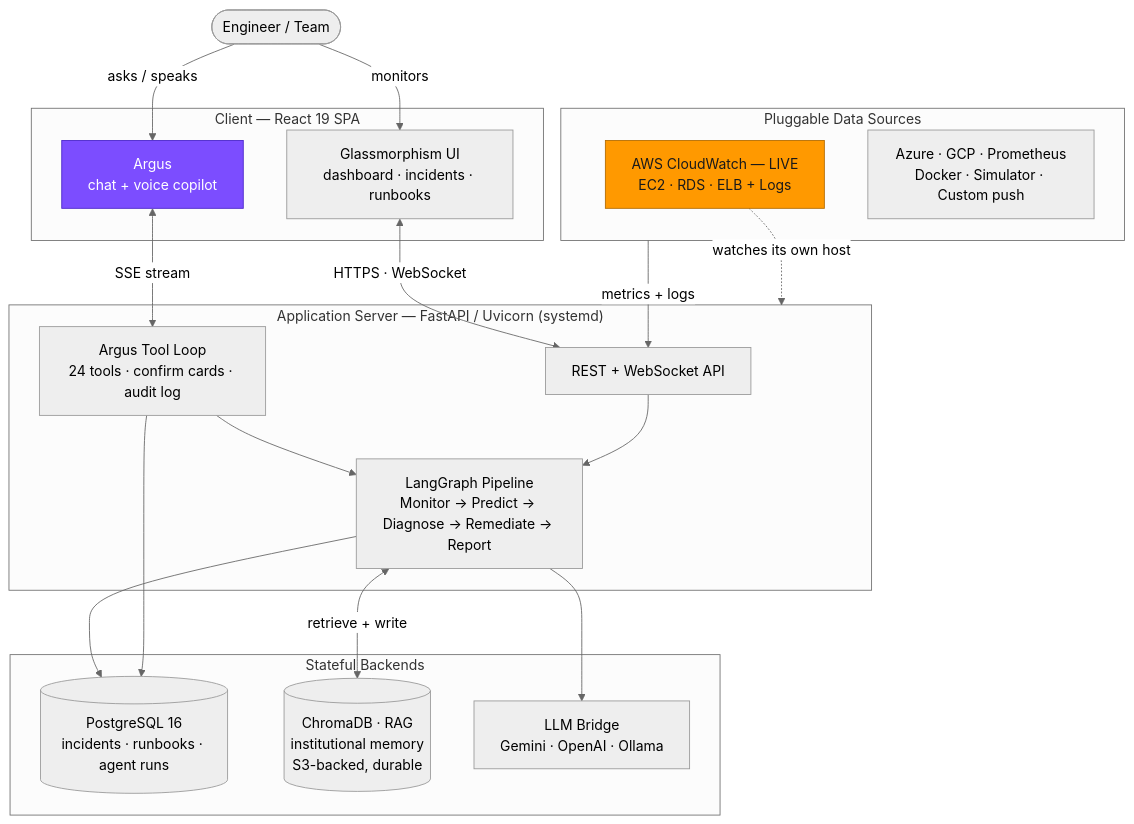
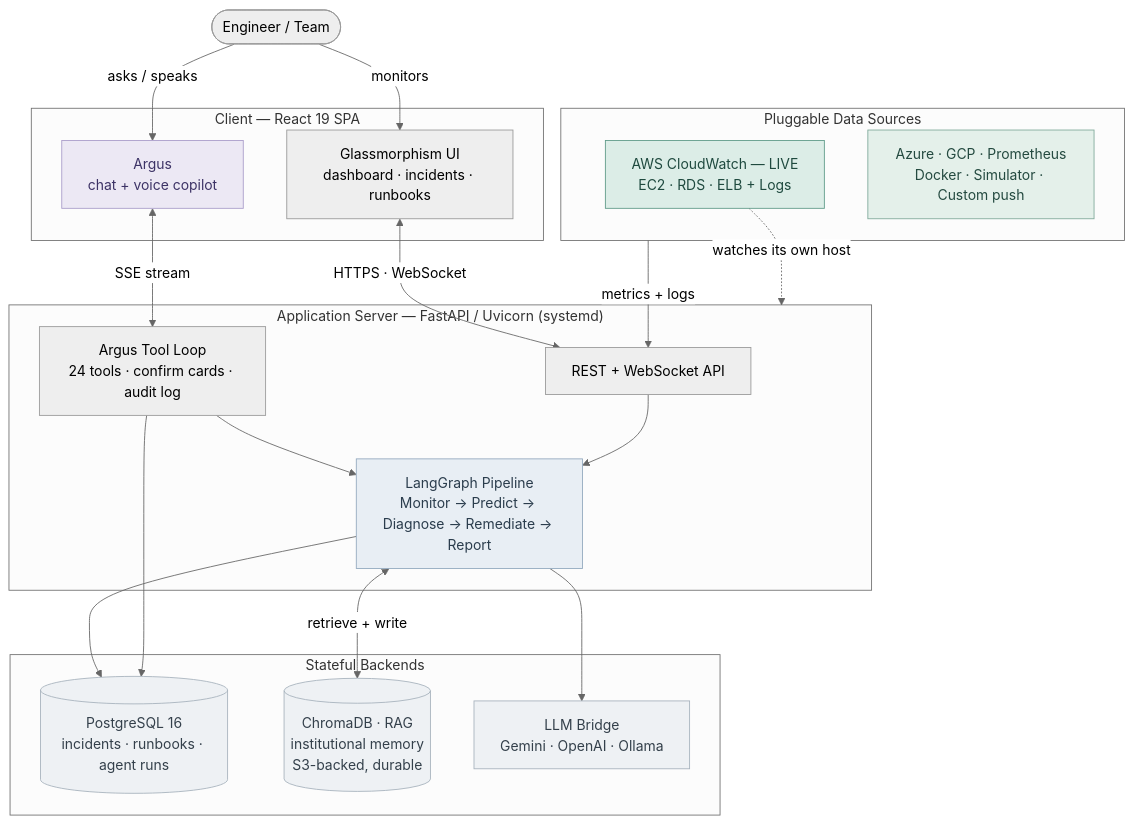
Before and after one commit to ShivaSanthoshP/JatayuS5-TankBusters: the second of 4 diagrams in README.md, drawn with Mermaid (neutral theme). The commit also changed other lines of this file, not shown here.

First line of the commit message:
docs(readme): align to Use Case 1 brief + rework diagrams into subtle Mermaid flowcharts

````diff
--- a/README.md
+++ b/README.md
@@ -212,44 +196,50 @@
 ```mermaid
 flowchart TB
     user(["Engineer / Team"])
 
     subgraph client["Client — React 19 SPA"]
         argus["Argus<br/>chat + voice copilot"]
         ui["Glassmorphism UI<br/>dashboard · incidents · runbooks"]
     end
 
     subgraph api["Application Server — FastAPI / Uvicorn (systemd)"]
         rest["REST + WebSocket API"]
         toolloop["Argus Tool Loop<br/>24 tools · confirm cards · audit log"]
         pipeline["LangGraph Pipeline<br/>Monitor → Predict → Diagnose → Remediate → Report"]
     end
 
     subgraph stores["Stateful Backends"]
         pg[("PostgreSQL 16<br/>incidents · runbooks · agent runs")]
         chroma[("ChromaDB · RAG<br/>institutional memory<br/>S3-backed, durable")]
         llm["LLM Bridge<br/>Gemini · OpenAI · Ollama"]
     end
 
     subgraph sources["Pluggable Data Sources"]
         aws["AWS CloudWatch — LIVE<br/>EC2 · RDS · ELB + Logs"]
         other["Azure · GCP · Prometheus<br/>Docker · Simulator · Custom push"]
     end
 
     user -->|"asks / speaks"| argus
     user -->|"monitors"| ui
     argus <-->|"SSE stream"| toolloop
     ui <-->|"HTTPS · WebSocket"| rest
     toolloop --> pipeline
     rest --> pipeline
     pipeline --> pg
     pipeline <-->|"retrieve + write"| chroma
     pipeline --> llm
     toolloop --> pg
     sources -->|"metrics + logs"| rest
     aws -.->|"watches its own host"| api
 
-    classDef live fill:#FF9900,stroke:#b36b00,color:#1a1a1a;
-    classDef brand fill:#7C4DFF,stroke:#4a25c9,color:#ffffff;
+    classDef live fill:#DCEDE7,stroke:#5E9A88,color:#1F4A3F;
+    classDef brand fill:#ECE8F4,stroke:#A99CC9,color:#3D3366;
+    classDef store fill:#EEF1F4,stroke:#A7B2BD,color:#34404B;
+    classDef agent fill:#E8EEF4,stroke:#92A8BE,color:#2B3D4D;
+    classDef src fill:#E4F0EA,stroke:#7FA99A,color:#244A40;
+    class argus brand
     class aws live
-    class argus brand
+    class other src
+    class pg,chroma,llm store
+    class pipeline agent
 ```
````
